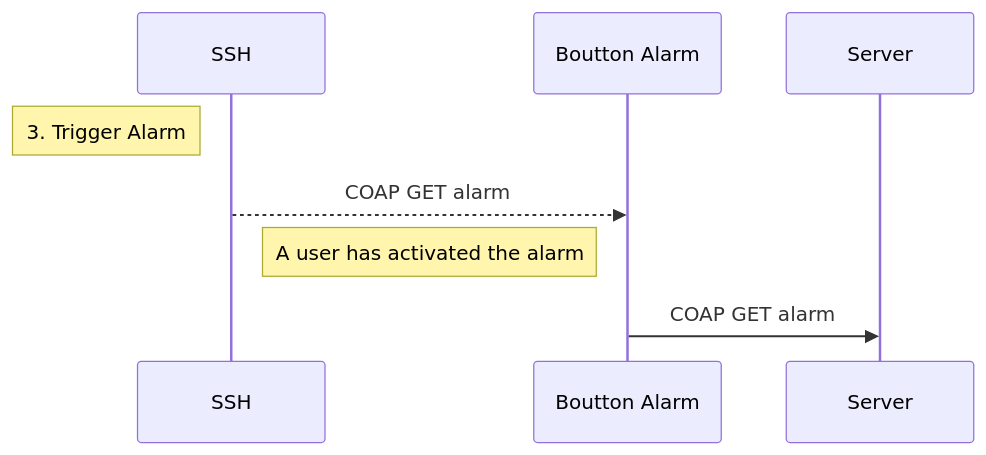
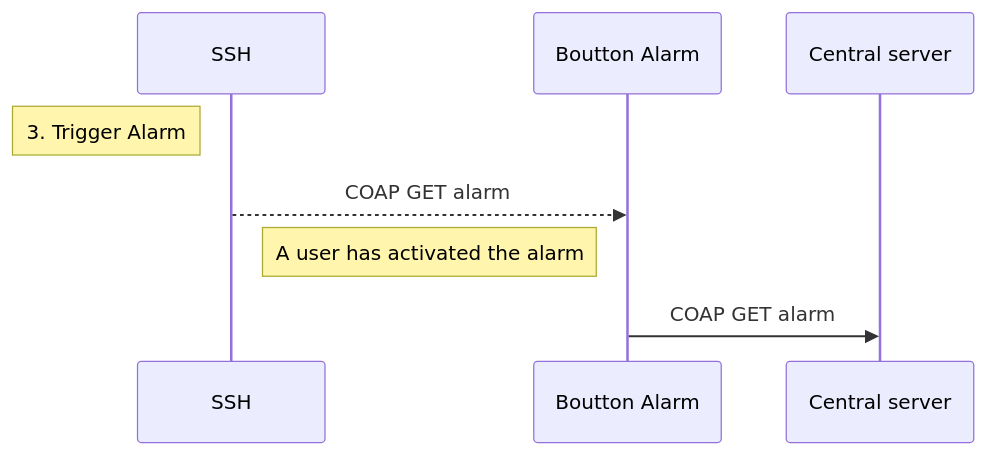
One commit to Its-Just-Nans/rio201 changed the diagram in report/img/alarm.mmd. Above: the diagram before and after it, drawn with Mermaid. The commit also changed 5 other files, not shown here.

```diff
--- a/report/img/alarm.mmd
+++ b/report/img/alarm.mmd
@@ -1,5 +1,5 @@
 sequenceDiagram
     Note left of SSH: 3. Trigger Alarm
     SSH -->> Boutton Alarm: COAP GET alarm
     Note left of Boutton Alarm: A user has activated the alarm
-    Boutton Alarm ->> Server: COAP GET alarm
+    Boutton Alarm ->> Central server: COAP GET alarm
```
